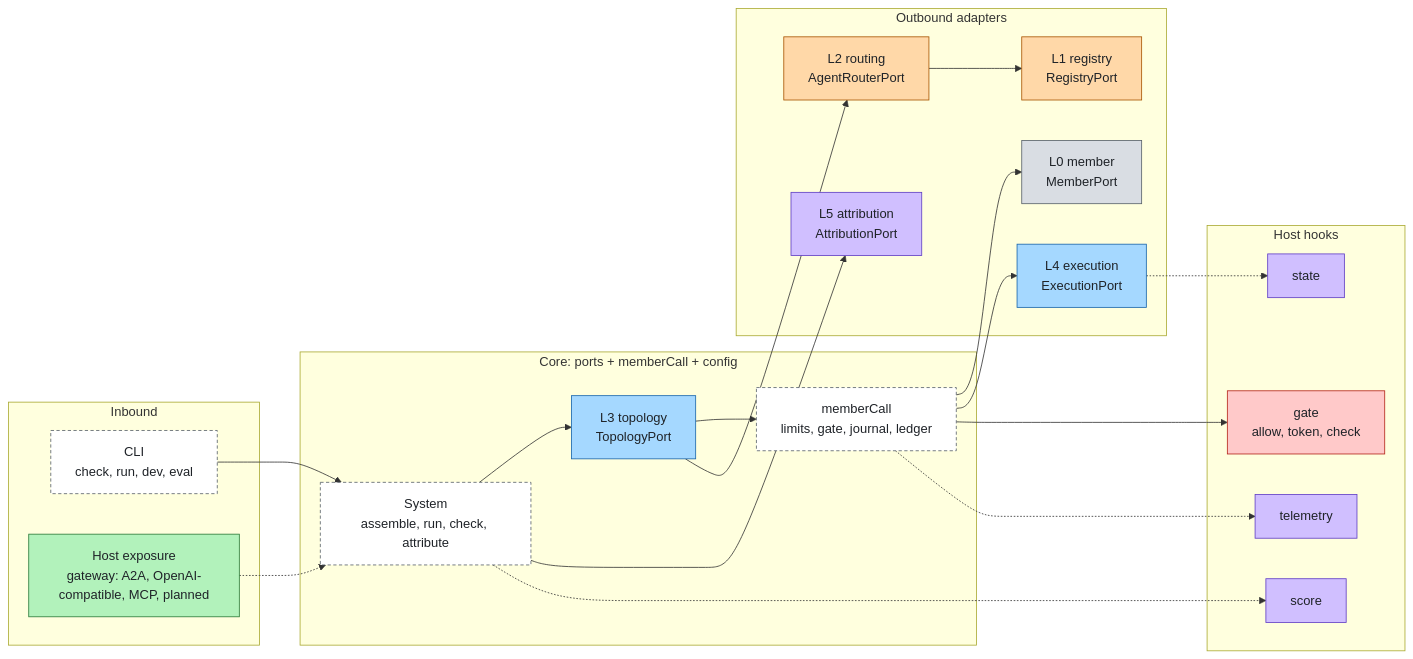
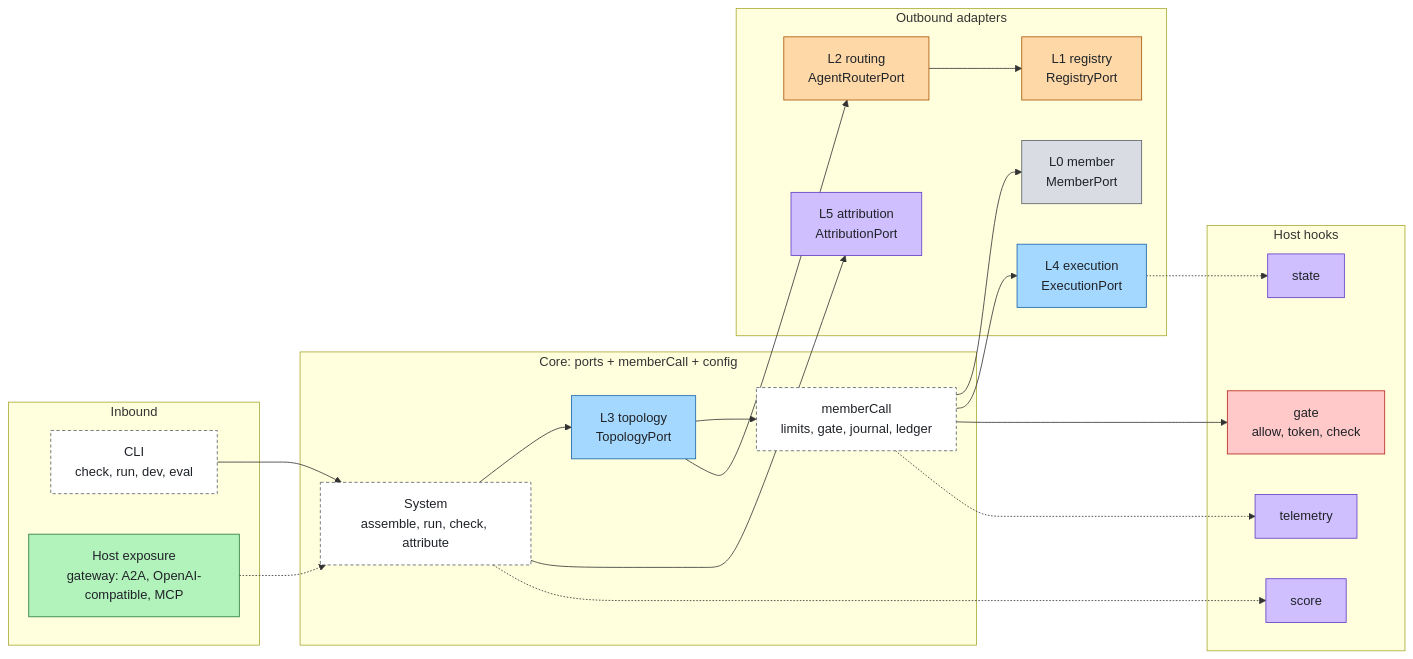
One commit to aantenore/agent-plexus changed the first of 2 diagrams in docs/architecture.md. Above: the diagram before and after it, drawn with Mermaid. The commit also changed other lines of this file and 15 other files, not shown here.

````diff
--- a/docs/architecture.md
+++ b/docs/architecture.md
@@ -33,43 +33,43 @@
 ```mermaid
 flowchart LR
   subgraph inbound[Inbound]
     cli[CLI<br/>check, run, dev, eval]:::external
-    exp[Host exposure<br/>gateway: A2A, OpenAI-compatible, MCP, planned]:::experience
+    exp[Host exposure<br/>gateway: A2A, OpenAI-compatible, MCP]:::experience
   end
   subgraph core[Core: ports + memberCall + config]
     sys[System<br/>assemble, run, check, attribute]:::external
     mc[memberCall<br/>limits, gate, journal, ledger]:::external
     tp[L3 topology<br/>TopologyPort]:::agent
   end
   subgraph outbound[Outbound adapters]
     m[L0 member<br/>MemberPort]:::foundation
     r[L1 registry<br/>RegistryPort]:::model
     ro[L2 routing<br/>AgentRouterPort]:::model
     ex[L4 execution<br/>ExecutionPort]:::agent
     at[L5 attribution<br/>AttributionPort]:::insight
   end
   subgraph hostp[Host hooks]
     g[gate<br/>allow, token, check]:::control
     te[telemetry]:::insight
     sc[score]:::insight
     st[state]:::insight
   end
   cli --> sys
   exp -.-> sys
   sys --> tp --> mc
   mc --> m
   tp --> ro --> r
   mc --> ex
   sys --> at
   mc --> g
   mc -.-> te
   sys -.-> sc
   ex -.-> st
   classDef foundation fill:#d9dde3,stroke:#57606a,color:#1f2328
   classDef model fill:#ffd8a8,stroke:#a85400,color:#1f2328
   classDef agent fill:#a5d8ff,stroke:#1864ab,color:#1f2328
   classDef control fill:#ffc9c9,stroke:#b42318,color:#1f2328
   classDef experience fill:#b2f2bb,stroke:#2a7a38,color:#1f2328
   classDef insight fill:#d0bfff,stroke:#5f3dc4,color:#1f2328
   classDef external fill:#ffffff,stroke:#57606a,color:#1f2328,stroke-dasharray:4 3
 ```
````
